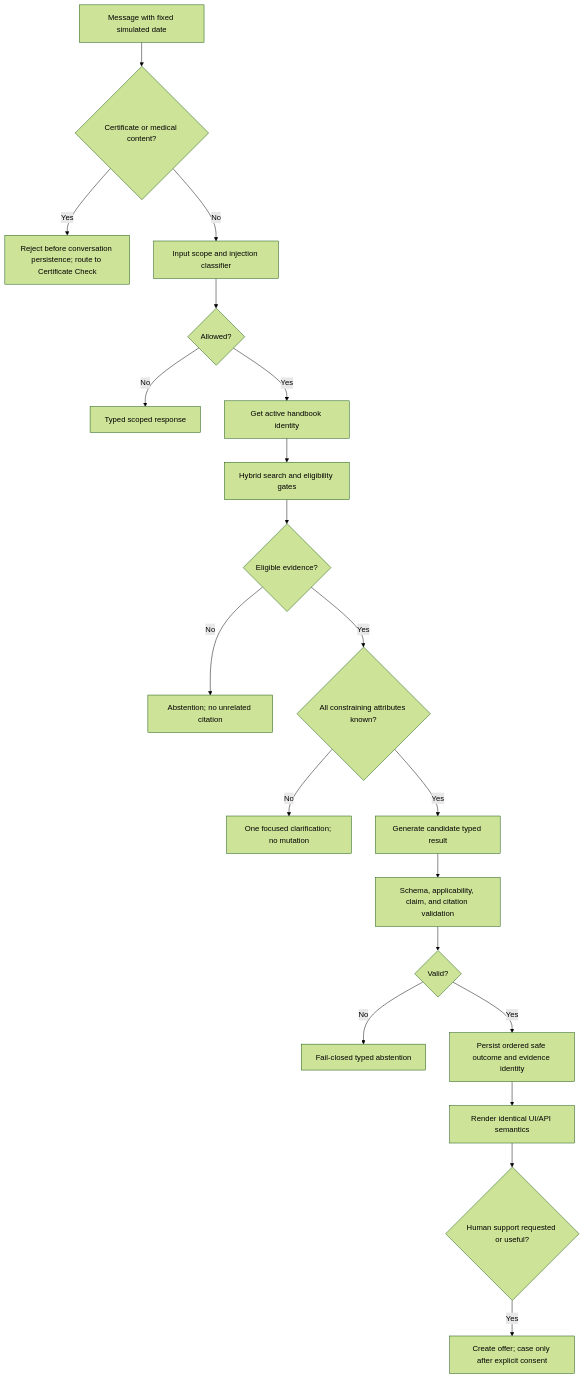
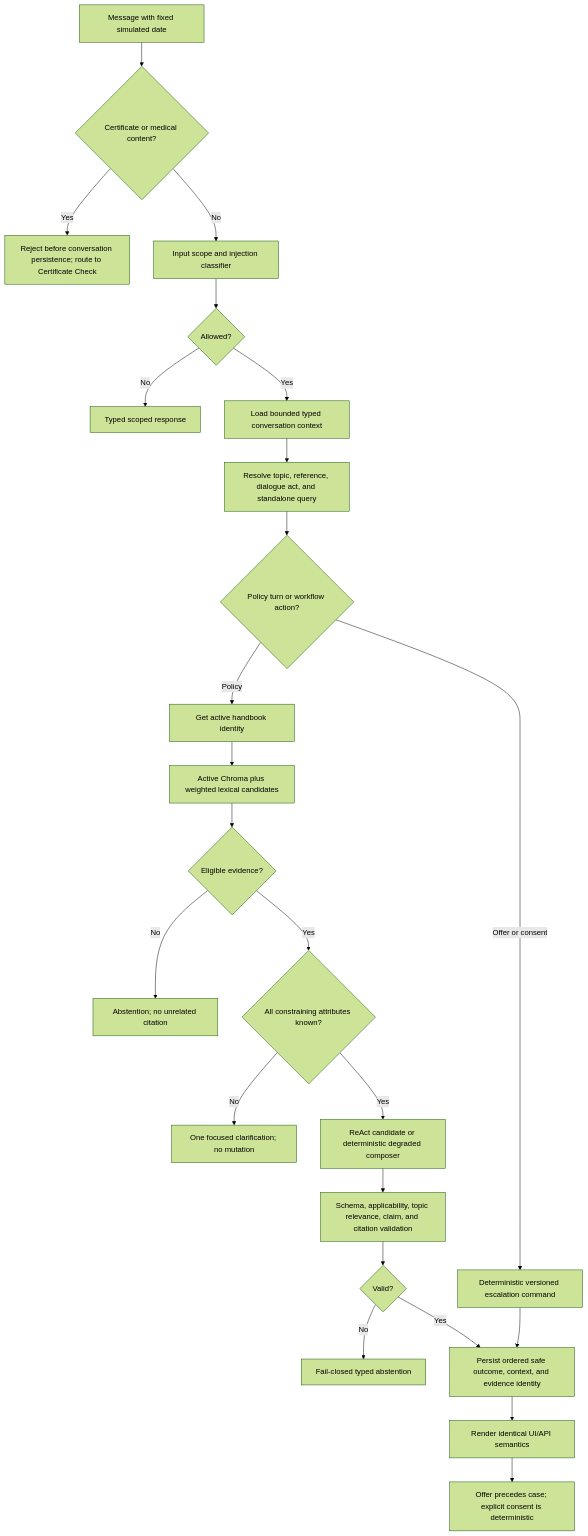
One commit to Mateogas/STAI changed the second of 4 diagrams in docs/ARCHITECTURE_DIAGRAMS.md. Above: the diagram before and after it, drawn with Mermaid (forest theme). The commit also changed other lines of this file and 28 other files, not shown here.

````diff
--- a/docs/ARCHITECTURE_DIAGRAMS.md
+++ b/docs/ARCHITECTURE_DIAGRAMS.md
@@ -58,22 +58,26 @@
 ```mermaid
 flowchart TD
     Start["Message with fixed simulated date"] --> MedicalRoute{"Certificate or medical content?"}
     MedicalRoute -- Yes --> RejectChat["Reject before conversation persistence; route to Certificate Check"]
     MedicalRoute -- No --> Classify["Input scope and injection classifier"]
     Classify --> Allowed{"Allowed?"}
     Allowed -- No --> Scoped["Typed scoped response"]
-    Allowed -- Yes --> Version["Get active handbook identity"]
-    Version --> Search["Hybrid search and eligibility gates"]
+    Allowed -- Yes --> Context["Load bounded typed conversation context"]
+    Context --> Resolve["Resolve topic, reference, dialogue act, and standalone query"]
+    Resolve --> Action{"Policy turn or workflow action?"}
+    Action -- "Offer or consent" --> Workflow["Deterministic versioned escalation command"]
+    Action -- "Policy" --> Version["Get active handbook identity"]
+    Version --> Search["Active Chroma plus weighted lexical candidates"]
     Search --> Found{"Eligible evidence?"}
     Found -- No --> Abstain["Abstention; no unrelated citation"]
     Found -- Yes --> Applicable{"All constraining attributes known?"}
     Applicable -- No --> Clarify["One focused clarification; no mutation"]
-    Applicable -- Yes --> Claim["Generate candidate typed result"]
-    Claim --> Validate["Schema, applicability, claim, and citation validation"]
+    Applicable -- Yes --> Claim["ReAct candidate or deterministic degraded composer"]
+    Claim --> Validate["Schema, applicability, topic relevance, claim, and citation validation"]
     Validate --> Valid{"Valid?"}
     Valid -- No --> SafeAbstain["Fail-closed typed abstention"]
-    Valid -- Yes --> Persist["Persist ordered safe outcome and evidence identity"]
+    Valid -- Yes --> Persist["Persist ordered safe outcome, context, and evidence identity"]
+    Workflow --> Persist
     Persist --> Render["Render identical UI/API semantics"]
-    Render --> Offer{"Human support requested or useful?"}
-    Offer -- Yes --> OfferOnly["Create offer; case only after explicit consent"]
+    Render --> OfferOnly["Offer precedes case; explicit consent is deterministic"]
 ```
````
